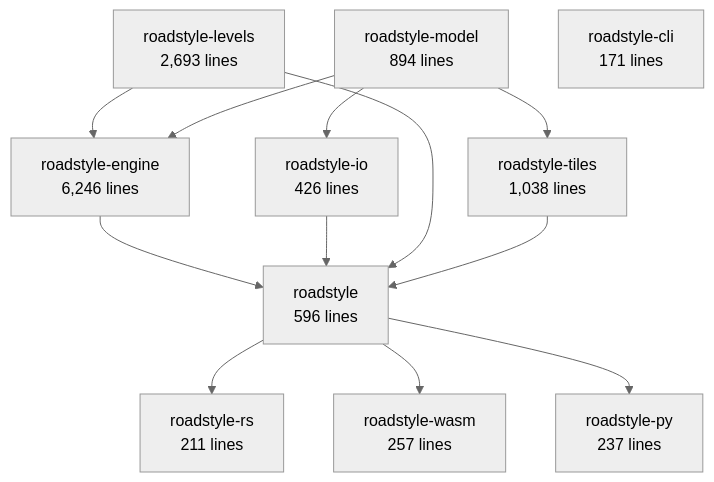
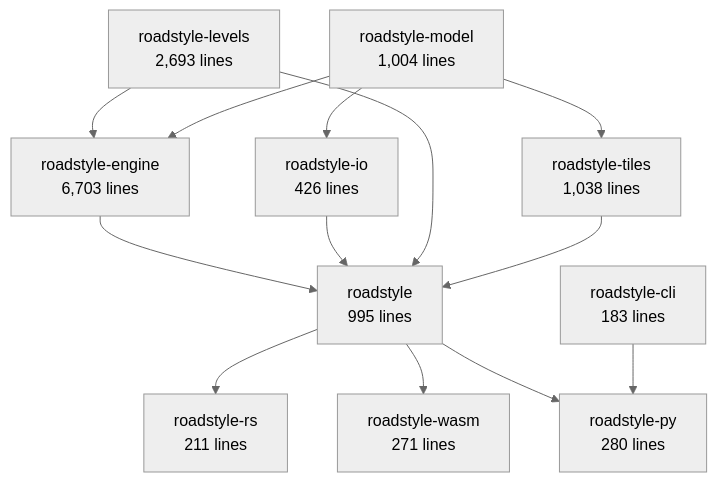
The second of 6 diagrams in docs/rust/architecture.md (Khoshkhah/roadstyle), drawn with Mermaid (neutral theme) before and after one commit. The commit also changed other lines of this file and 2 other files, not shown here.

First line of the commit message:
A CI warning for each source file over 600 lines; the architecture page made again

````diff
--- a/docs/rust/architecture.md
+++ b/docs/rust/architecture.md
@@ -69,24 +69,25 @@
 ```mermaid
 flowchart TB
-    roadstyle_model["roadstyle-model<br/>894 lines"]
+    roadstyle_model["roadstyle-model<br/>1,004 lines"]
     roadstyle_io["roadstyle-io<br/>426 lines"]
     roadstyle_levels["roadstyle-levels<br/>2,693 lines"]
-    roadstyle_engine["roadstyle-engine<br/>6,246 lines"]
+    roadstyle_engine["roadstyle-engine<br/>6,703 lines"]
     roadstyle_tiles["roadstyle-tiles<br/>1,038 lines"]
-    roadstyle["roadstyle<br/>596 lines"]
+    roadstyle["roadstyle<br/>995 lines"]
     roadstyle_rs["roadstyle-rs<br/>211 lines"]
-    roadstyle_wasm["roadstyle-wasm<br/>257 lines"]
-    roadstyle_py["roadstyle-py<br/>237 lines"]
-    roadstyle_cli["roadstyle-cli<br/>171 lines"]
+    roadstyle_wasm["roadstyle-wasm<br/>271 lines"]
+    roadstyle_py["roadstyle-py<br/>280 lines"]
+    roadstyle_cli["roadstyle-cli<br/>183 lines"]
     roadstyle_model --> roadstyle_io
     roadstyle_levels --> roadstyle_engine
     roadstyle_model --> roadstyle_engine
     roadstyle_model --> roadstyle_tiles
     roadstyle_engine --> roadstyle
     roadstyle_io --> roadstyle
     roadstyle_levels --> roadstyle
     roadstyle_tiles --> roadstyle
     roadstyle --> roadstyle_rs
     roadstyle --> roadstyle_wasm
     roadstyle --> roadstyle_py
+    roadstyle_cli --> roadstyle_py
 ```
````
